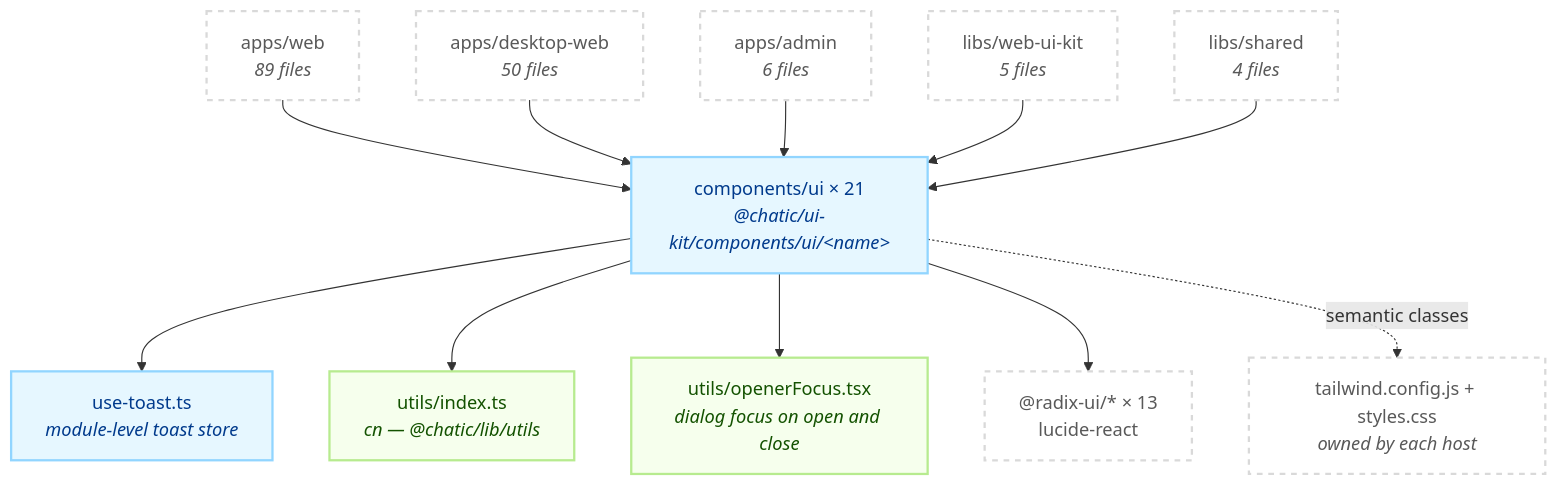
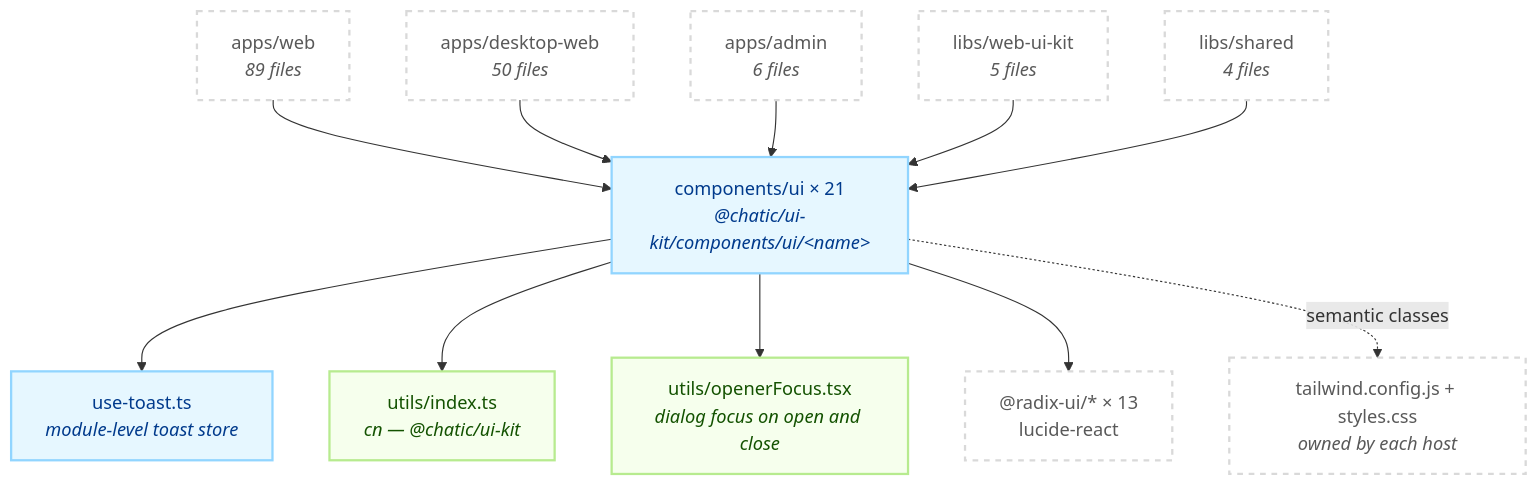
The diagram in libs/ui-kit/README.md (lemoncloud-io/dou-app), drawn with Mermaid before and after one commit. The commit also changed other lines of this file and 277 other files, not shown here.

First line of the commit message:
refactor(ui-kit): import cn through the @chatic/ui-kit barrel, not the @chatic/lib/utils alias

````diff
--- a/libs/ui-kit/README.md
+++ b/libs/ui-kit/README.md
@@ -109,31 +112,31 @@
 ```mermaid
 flowchart TD
     classDef ui fill:#e6f7ff,stroke:#91d5ff,stroke-width:2px,color:#003a8c;
     classDef util fill:#f6ffed,stroke:#b7eb8f,stroke-width:2px,color:#135200;
     classDef ext fill:#ffffff,stroke:#d9d9d9,stroke-width:2px,color:#595959,stroke-dasharray: 5 5;
 
     W["apps/web<br/><i>89 files</i>"]:::ext
     D["apps/desktop-web<br/><i>50 files</i>"]:::ext
     A["apps/admin<br/><i>6 files</i>"]:::ext
     K["libs/web-ui-kit<br/><i>5 files</i>"]:::ext
     S["libs/shared<br/><i>4 files</i>"]:::ext
 
     C["components/ui × 21<br/><i>@chatic/ui-kit/components/ui/&lt;name&gt;</i>"]:::ui
     T["use-toast.ts<br/><i>module-level toast store</i>"]:::ui
-    U["utils/index.ts<br/><i>cn — @chatic/lib/utils</i>"]:::util
+    U["utils/index.ts<br/><i>cn — @chatic/ui-kit</i>"]:::util
     F["utils/openerFocus.tsx<br/><i>dialog focus on open and close</i>"]:::util
 
     R["@radix-ui/* × 13<br/>lucide-react"]:::ext
     TW["tailwind.config.js + styles.css<br/><i>owned by each host</i>"]:::ext
 
     W --> C
     D --> C
     A --> C
     K --> C
     S --> C
     C --> T
     C --> U
     C --> F
     C --> R
     C -.->|"semantic classes"| TW
 ```
````
